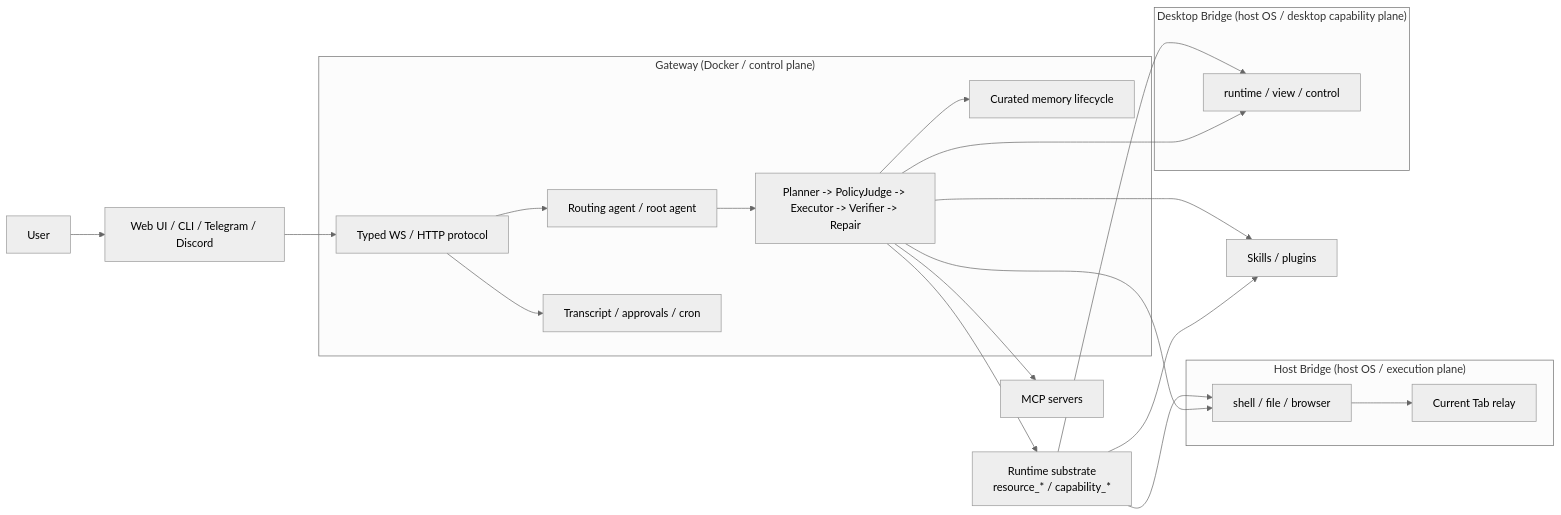
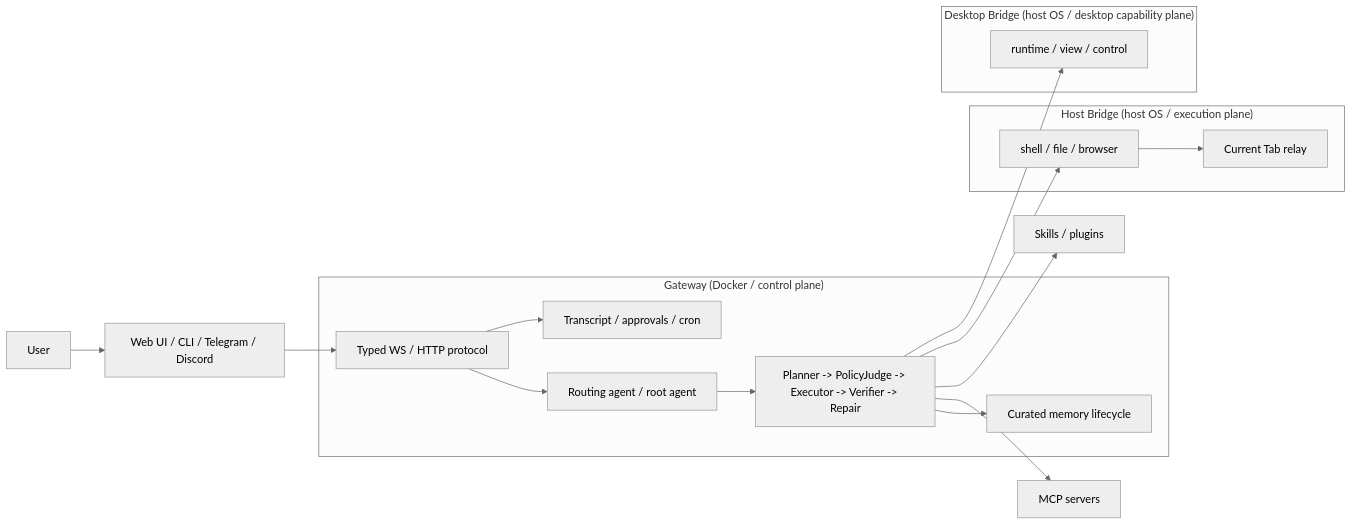
One commit to pome223/boiled-claw-public changed the diagram in README.md. Above: the diagram before and after it, drawn with Mermaid (neutral theme). The commit also changed other lines of this file and 5 other files, not shown here.

````diff
--- a/README.md
+++ b/README.md
@@ -148,40 +60,35 @@
 ```mermaid
 flowchart LR
     User["User"]
     Channels["Web UI / CLI / Telegram / Discord"]
 
     subgraph Gateway["Gateway (Docker / control plane)"]
         Protocol["Typed WS / HTTP protocol"]
         Routing["Routing agent / root agent"]
         ControlLoop["Planner -> PolicyJudge -> Executor -> Verifier -> Repair"]
         Transcript["Transcript / approvals / cron"]
         Memory["Curated memory lifecycle"]
     end
 
     subgraph Host["Host Bridge (host OS / execution plane)"]
         HostTools["shell / file / browser"]
         CurrentTab["Current Tab relay"]
     end
 
     subgraph Desktop["Desktop Bridge (host OS / desktop capability plane)"]
         DesktopRuntime["runtime / view / control"]
     end
 
-    RuntimeRegistry["Runtime substrate<br/>resource_* / capability_*"]
     MCP["MCP servers"]
     Skills["Skills / plugins"]
 
     User --> Channels --> Protocol
     Protocol --> Routing --> ControlLoop
     Protocol --> Transcript
     ControlLoop --> Memory
     ControlLoop --> MCP
     ControlLoop --> Skills
-    ControlLoop --> RuntimeRegistry
-    RuntimeRegistry --> Skills
-    RuntimeRegistry --> HostTools
-    RuntimeRegistry --> DesktopRuntime
     ControlLoop --> HostTools
     ControlLoop --> DesktopRuntime
     HostTools --> CurrentTab
 ```
````
